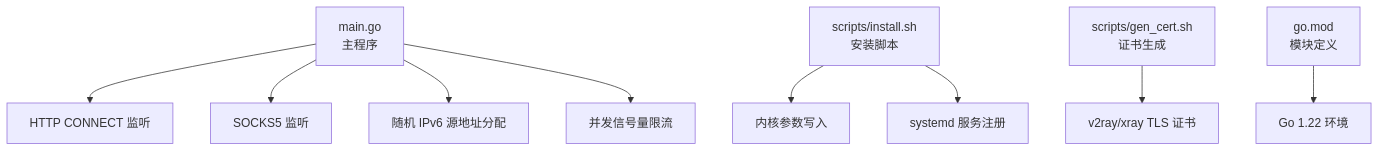
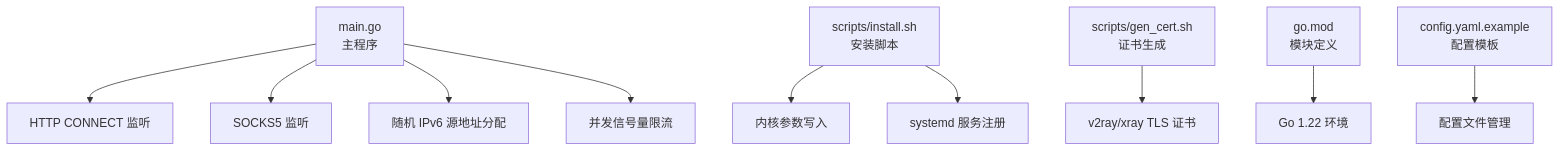
Before and after one commit to chuwang9964/ipv6-proxy-pool: the first of 4 diagrams in .qoder/repowiki/zh/content/配置参考.md, drawn with Mermaid. The commit also changed other lines of this file and 10 other files, not shown here.

````diff
--- a/.qoder/repowiki/zh/content/配置参考.md
+++ b/.qoder/repowiki/zh/content/配置参考.md
@@ -42,11 +46,12 @@
 ```mermaid
 graph TB
 A["main.go<br/>主程序"] --> B["HTTP CONNECT 监听"]
 A --> C["SOCKS5 监听"]
 A --> D["随机 IPv6 源地址分配"]
 A --> E["并发信号量限流"]
 F["scripts/install.sh<br/>安装脚本"] --> G["内核参数写入"]
 F --> H["systemd 服务注册"]
 I["scripts/gen_cert.sh<br/>证书生成"] --> J["v2ray/xray TLS 证书"]
 K["go.mod<br/>模块定义"] --> L["Go 1.22 环境"]
+M["config.yaml.example<br/>配置模板"] --> N["配置文件管理"]
 ```
````
